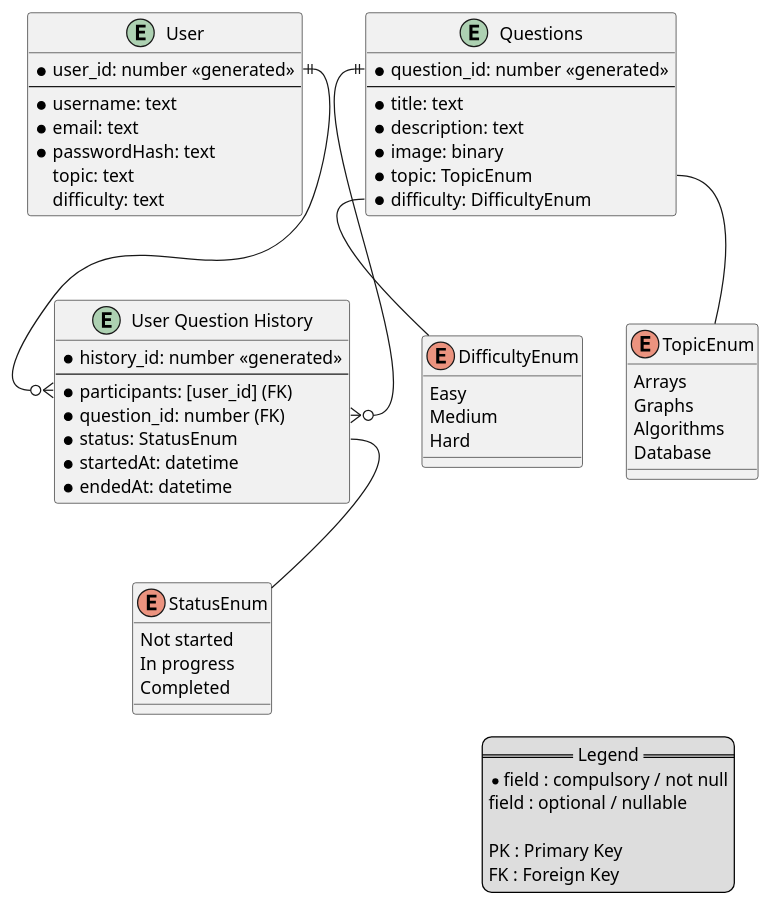
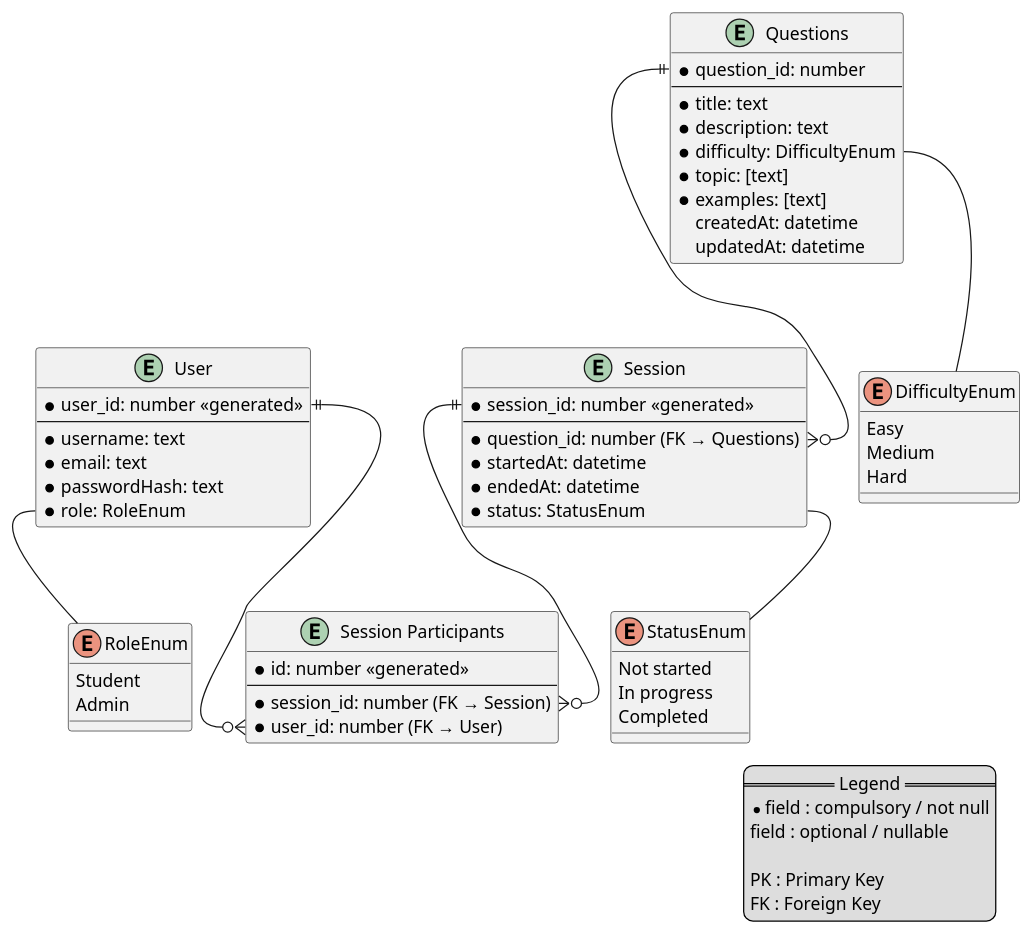
One commit to CS3219-AY2526Sem1/cs3219-ay2526s1-project-g14 changed the diagram in docs/entity-relationship-diagram.puml. Above: the diagram before and after it, drawn with PlantUML. The commit also changed 1 other file, not shown here.

Commit message:
Update ERD to add session and session participants entities

```diff
--- a/docs/entity-relationship-diagram.puml
+++ b/docs/entity-relationship-diagram.puml
@@ -1,72 +1,78 @@
-@startuml
+@startuml Database structure
 
 ' avoid problems with angled crows feet
 
 entity "User" as user {
     *user_id: number <<generated>>
     --
     *username: text
     *email: text
     *passwordHash: text
-    topic: text
-    difficulty: text
+    *role: RoleEnum
 }
 
 entity "Questions" as questions {
-    *question_id: number <<generated>>
+    *question_id: number
     --
     *title: text
     *description: text
-    *image: binary
-    *topic: TopicEnum
     *difficulty: DifficultyEnum
+    *topic: [text]
+    *examples: [text]
+    createdAt: datetime
+    updatedAt: datetime
 }
 
-entity "User Question History" as history {
-    *history_id: number <<generated>>
+entity "Session" as session {
+    *session_id: number <<generated>>
     --
-    *participants: [user_id] (FK)
-    *question_id: number (FK)
-    *status: StatusEnum
+    *question_id: number (FK → Questions)
     *startedAt: datetime
     *endedAt: datetime
+    *status: StatusEnum
+}
+
+entity "Session Participants" as participants {
+    *id: number <<generated>>
+    --
+    *session_id: number (FK → Session)
+    *user_id: number (FK → User)
 }
 
 ' Enums
 enum DifficultyEnum {
     Easy
     Medium
     Hard
 }
 
-enum TopicEnum {
-    Arrays
-    Graphs
-    Algorithms
-    Database
-}
-
 enum StatusEnum {
     Not started
     In progress
     Completed
 }
 
-user::user_id ||--o{ history::participants
-questions::question_id ||--o{ history::question_id
+enum RoleEnum {
+    Student
+    Admin
+}
+
+user::_id ||--o{ participants::user_id
+session::_id ||--o{ participants::session_id
+questions::_id ||--o{ session::question_id
 
 ' Link fields to enums
+user::role -- RoleEnum
 questions::difficulty -- DifficultyEnum
-questions::topic -- TopicEnum
-history::status -- StatusEnum
+session::status -- StatusEnum
 
 legend right
     == Legend ==
     *field : compulsory / not null
     field : optional / nullable
 
     PK : Primary Key
     FK : Foreign Key
 endlegend
 
 @enduml
```
